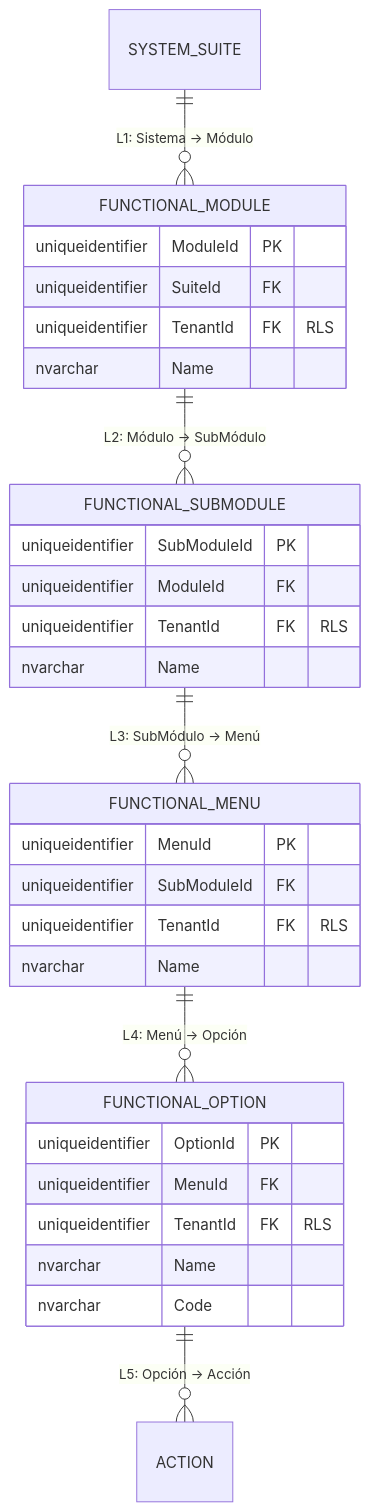
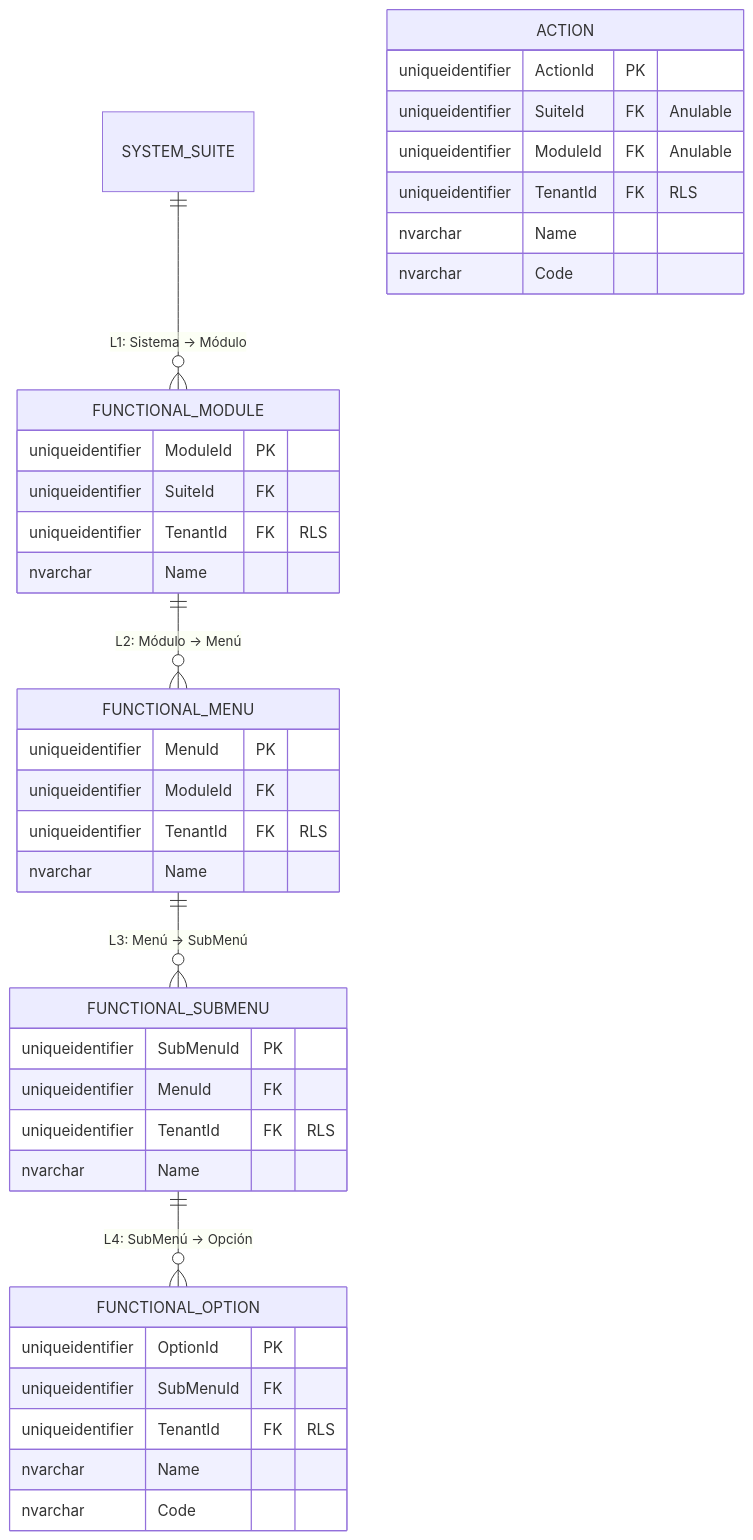
Before and after one commit to beyondnetcode/ums: the third of 4 diagrams in docs/architecture/blueprints-es/database-design-er.md, drawn with Mermaid. The commit also changed other lines of this file and 1 other file, not shown here.

Commit message:
docs: finalize hierarchy as System-Module-Menu-SubMenu-Option and cleanup intro text

````diff
--- a/docs/architecture/blueprints-es/database-design-er.md
+++ b/docs/architecture/blueprints-es/database-design-er.md
@@ -113,37 +112,45 @@
 ```mermaid
 erDiagram
     SYSTEM_SUITE ||--o{ FUNCTIONAL_MODULE : "L1: Sistema -> Módulo"
-    FUNCTIONAL_MODULE ||--o{ FUNCTIONAL_SUBMODULE : "L2: Módulo -> SubMódulo"
-    FUNCTIONAL_SUBMODULE ||--o{ FUNCTIONAL_MENU : "L3: SubMódulo -> Menú"
-    FUNCTIONAL_MENU ||--o{ FUNCTIONAL_OPTION : "L4: Menú -> Opción"
-    FUNCTIONAL_OPTION ||--o{ ACTION : "L5: Opción -> Acción"
+    FUNCTIONAL_MODULE ||--o{ FUNCTIONAL_MENU : "L2: Módulo -> Menú"
+    FUNCTIONAL_MENU ||--o{ FUNCTIONAL_SUBMENU : "L3: Menú -> SubMenú"
+    FUNCTIONAL_SUBMENU ||--o{ FUNCTIONAL_OPTION : "L4: SubMenú -> Opción"
     
     FUNCTIONAL_MODULE {
         uniqueidentifier ModuleId PK
         uniqueidentifier SuiteId FK
         uniqueidentifier TenantId FK "RLS"
         nvarchar Name
     }
     
-    FUNCTIONAL_SUBMODULE {
-        uniqueidentifier SubModuleId PK
+    FUNCTIONAL_MENU {
+        uniqueidentifier MenuId PK
         uniqueidentifier ModuleId FK
         uniqueidentifier TenantId FK "RLS"
         nvarchar Name
     }
 
-    FUNCTIONAL_MENU {
-        uniqueidentifier MenuId PK
-        uniqueidentifier SubModuleId FK
+    FUNCTIONAL_SUBMENU {
+        uniqueidentifier SubMenuId PK
+        uniqueidentifier MenuId FK
         uniqueidentifier TenantId FK "RLS"
         nvarchar Name
     }
     
     FUNCTIONAL_OPTION {
         uniqueidentifier OptionId PK
-        uniqueidentifier MenuId FK
+        uniqueidentifier SubMenuId FK
+        uniqueidentifier TenantId FK "RLS"
+        nvarchar Name
+        nvarchar Code
+    }
+
+    ACTION {
+        uniqueidentifier ActionId PK
+        uniqueidentifier SuiteId FK "Anulable"
+        uniqueidentifier ModuleId FK "Anulable"
         uniqueidentifier TenantId FK "RLS"
         nvarchar Name
         nvarchar Code
     }
 ```
````
